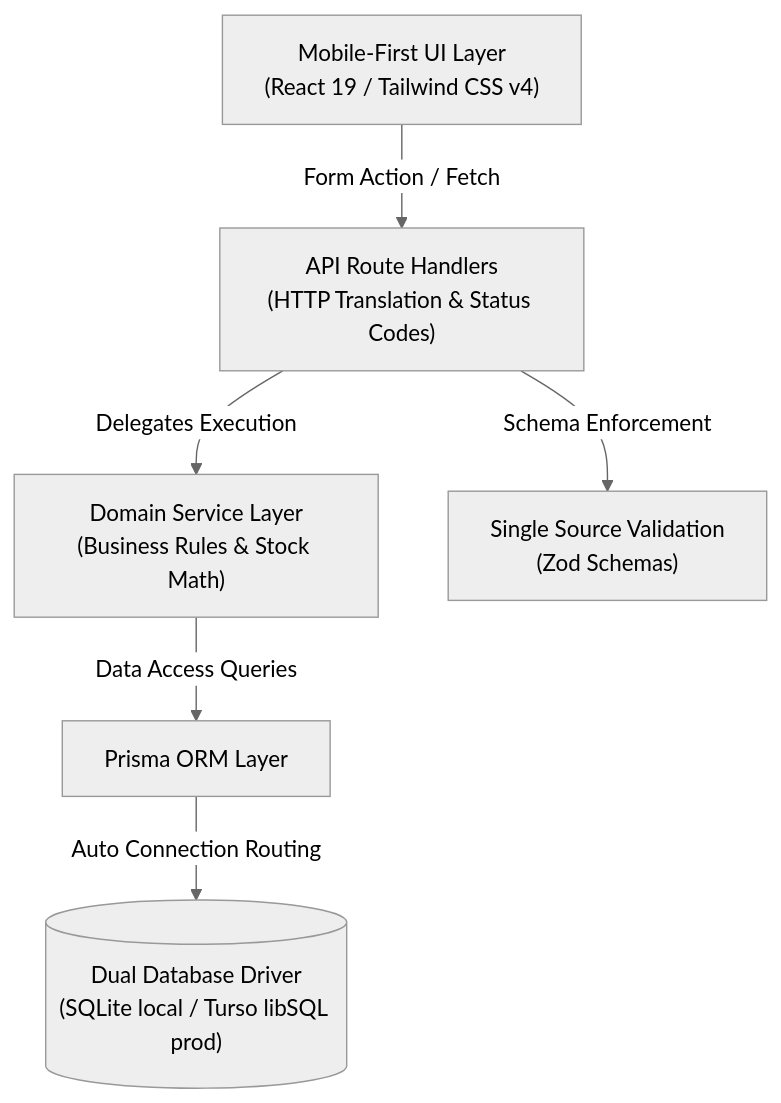
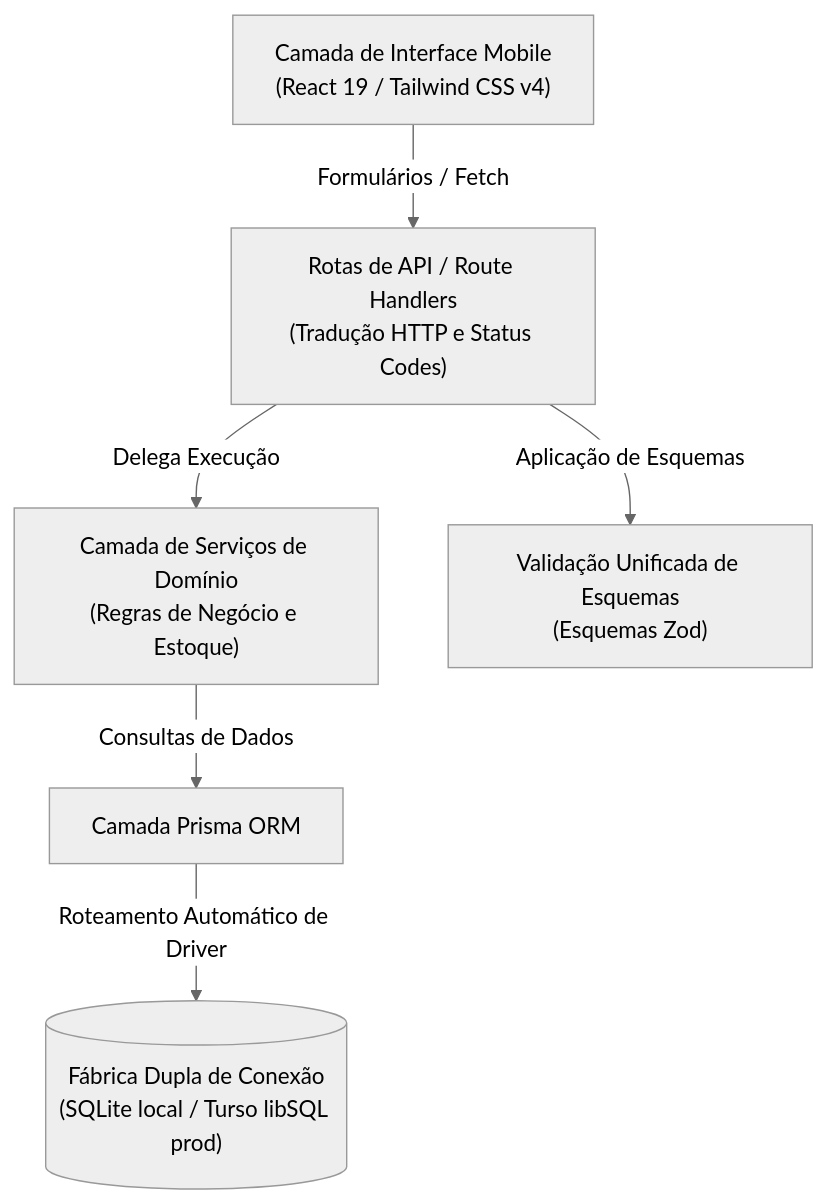
The first of 2 diagrams in frontend-and-web-apps/retail-inventory-analytics-platform/README.md (Fcsscoder/case-studies), drawn with Mermaid (neutral theme) before and after one commit. The commit also changed other lines of this file and 21 other files, not shown here.

````diff
--- a/frontend-and-web-apps/retail-inventory-analytics-platform/README.md
+++ b/frontend-and-web-apps/retail-inventory-analytics-platform/README.md
@@ -9,15 +9,15 @@
 ```mermaid
 graph TD
-    Client["Mobile-First UI Layer<br/>(React 19 / Tailwind CSS v4)"]
-    API["API Route Handlers<br/>(HTTP Translation & Status Codes)"]
-    Service["Domain Service Layer<br/>(Business Rules & Stock Math)"]
-    Validation["Single Source Validation<br/>(Zod Schemas)"]
-    ORM["Prisma ORM Layer"]
-    DB[("Dual Database Driver<br/>(SQLite local / Turso libSQL prod)")]
+    Client["Camada de Interface Mobile<br/>(React 19 / Tailwind CSS v4)"]
+    API["Rotas de API / Route Handlers<br/>(Tradução HTTP e Status Codes)"]
+    Service["Camada de Serviços de Domínio<br/>(Regras de Negócio e Estoque)"]
+    Validation["Validação Unificada de Esquemas<br/>(Esquemas Zod)"]
+    ORM["Camada Prisma ORM"]
+    DB[("Fábrica Dupla de Conexão<br/>(SQLite local / Turso libSQL prod)")]
 
-    Client -->|Form Action / Fetch| API
-    API -->|Schema Enforcement| Validation
-    API -->|Delegates Execution| Service
-    Service -->|Data Access Queries| ORM
-    ORM -->|Auto Connection Routing| DB
+    Client -->|Formulários / Fetch| API
+    API -->|Aplicação de Esquemas| Validation
+    API -->|Delega Execução| Service
+    Service -->|Consultas de Dados| ORM
+    ORM -->|Roteamento Automático de Driver| DB
 ```
````
